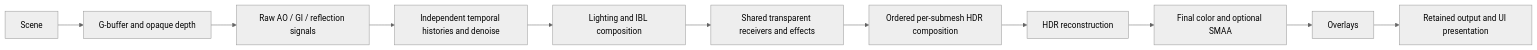
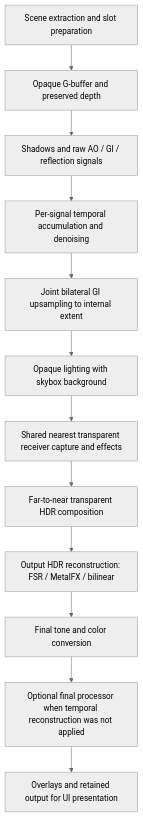
Before and after one commit to ferserc1/bg2e-native: the diagram in doc/deferred_render_model.md, drawn with Mermaid (neutral theme). The commit also changed other lines of this file and 12 other files, not shown here.

````diff
--- a/doc/deferred_render_model.md
+++ b/doc/deferred_render_model.md
@@ -18,13 +43,14 @@
 ```mermaid
-flowchart LR
-    Scene --> G[G-buffer and opaque depth]
-    G --> R[Raw AO / GI / reflection signals]
-    R --> T[Independent temporal histories and denoise]
-    T --> L[Lighting and IBL composition]
-    L --> TR[Shared transparent receivers and effects]
-    TR --> TC[Ordered per-submesh HDR composition]
-    TC --> U[HDR reconstruction]
-    U --> F[Final color and optional SMAA]
-    F --> O[Overlays]
-    O --> UI[Retained output and UI presentation]
+flowchart TD
+    S[Scene extraction and slot preparation] --> G[Opaque G-buffer and preserved depth]
+    G --> E[Shadows and raw AO / GI / reflection signals]
+    E --> T[Per-signal temporal accumulation and denoising]
+    T --> J[Joint bilateral GI upsampling to internal extent]
+    J --> L[Opaque lighting with skybox background]
+    L --> R[Shared nearest transparent receiver capture and effects]
+    R --> C[Far-to-near transparent HDR composition]
+    C --> U[Output HDR reconstruction: FSR / MetalFX / bilinear]
+    U --> F[Final tone and color conversion]
+    F --> A[Optional final processor when temporal reconstruction was not applied]
+    A --> O[Overlays and retained output for UI presentation]
 ```
````
